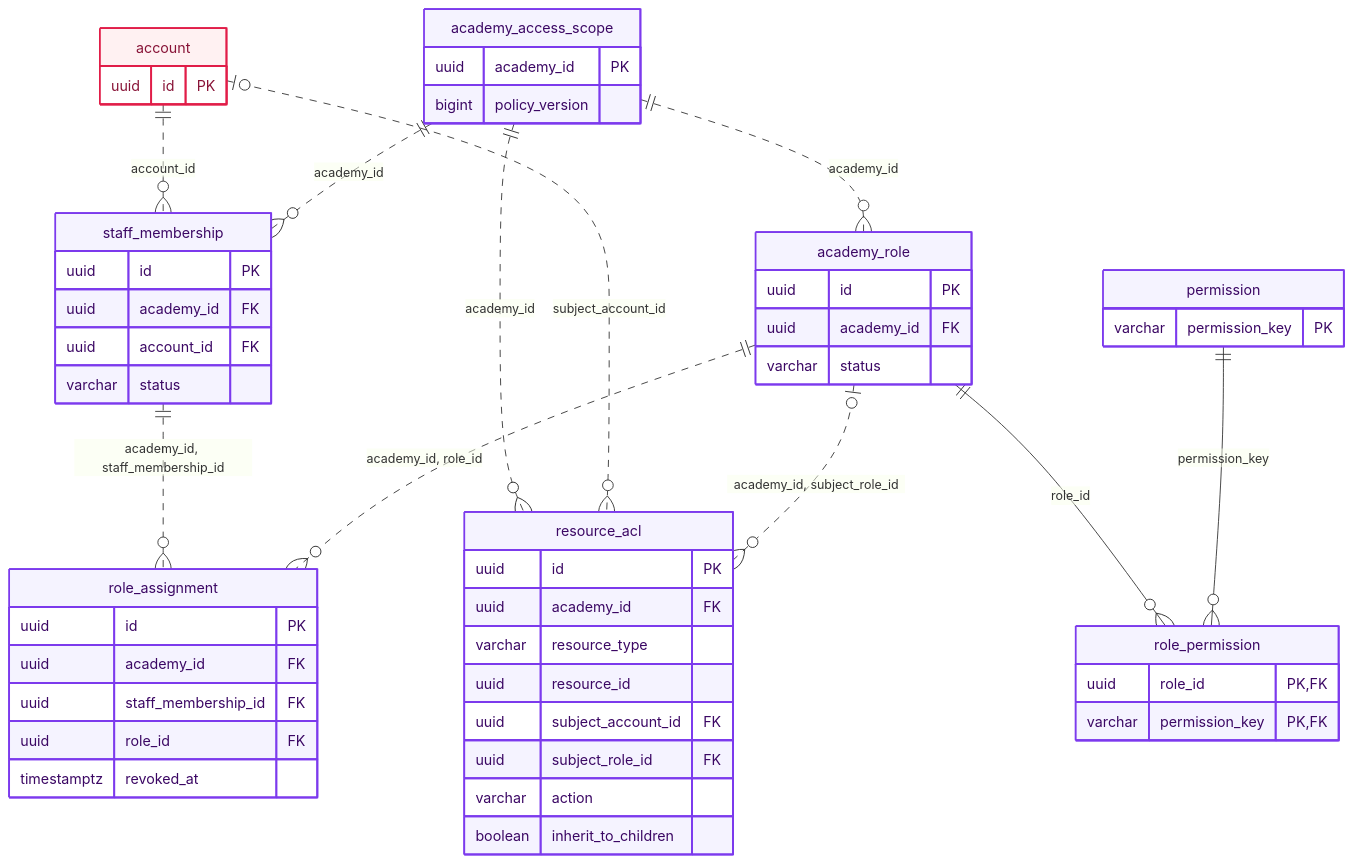
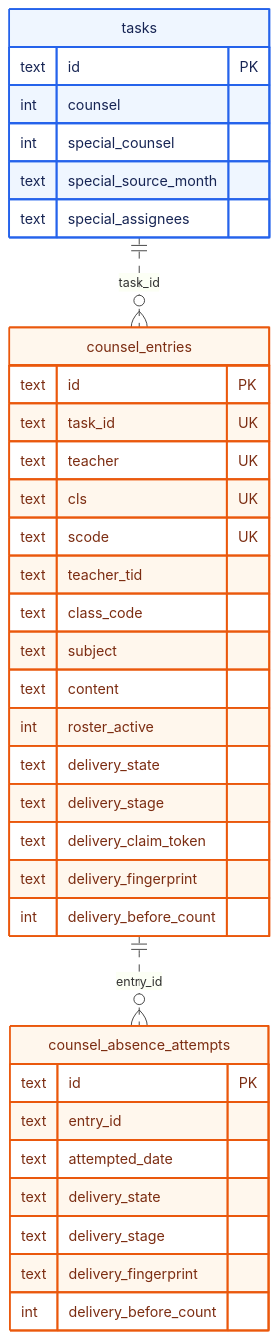
Before and after one commit to gjaku1031/ken-blog: the second of 3 diagrams in content/posts/doc-16e3e0ad-86d4-403d-88c6-2ef61a3fe47d.md, drawn with Mermaid. The commit also changed other lines of this file and 8 other files, not shown here.

````diff
--- a/content/posts/doc-16e3e0ad-86d4-403d-88c6-2ef61a3fe47d.md
+++ b/content/posts/doc-16e3e0ad-86d4-403d-88c6-2ef61a3fe47d.md
@@ -180,61 +142,43 @@
-```mermaid caption="접근 하나가 허용되려면 소속에서 역할을 거쳐 권한에 닿는 길과, 리소스의 허용 목록에서 그 계정이나 역할에 닿는 길이 모두 있어야 함"
+```mermaid caption="상담 업무와 상담 행, 부재·문자 기록의 관계. 전송 단계와 증거는 각 행의 열로 둠"
 erDiagram
-    %% legend: solid=식별 관계; dotted=비식별 관계; zero=없을 수 있음; many=여러 개
-    direction TB
-    account {
-        uuid id PK
+    %% legend: dotted=비식별 관계; zero=없을 수 있음; many=여러 개
+    tasks {
+        text id PK
+        int counsel
+        int special_counsel
+        text special_source_month
+        text special_assignees
     }
-    academy_access_scope {
-        uuid academy_id PK
-        bigint policy_version
+    counsel_entries {
+        text id PK
+        text task_id UK
+        text teacher UK
+        text cls UK
+        text scode UK
+        text teacher_tid
+        text class_code
+        text subject
+        text content
+        int roster_active
+        text delivery_state
+        text delivery_stage
+        text delivery_claim_token
+        text delivery_fingerprint
+        int delivery_before_count
     }
-    staff_membership {
-        uuid id PK
-        uuid academy_id FK
-        uuid account_id FK
-        varchar status
+    counsel_absence_attempts {
+        text id PK
+        text entry_id
+        text attempted_date
+        text delivery_state
+        text delivery_stage
+        text delivery_fingerprint
+        int delivery_before_count
     }
-    academy_role {
-        uuid id PK
-        uuid academy_id FK
-        varchar status
-    }
-    role_assignment {
-        uuid id PK
-        uuid academy_id FK
-        uuid staff_membership_id FK
-        uuid role_id FK
-        timestamptz revoked_at
-    }
-    role_permission {
-        uuid role_id PK, FK
-        varchar permission_key PK, FK
-    }
-    permission {
-        varchar permission_key PK
-    }
-    resource_acl {
-        uuid id PK
-        uuid academy_id FK
-        varchar resource_type
-        uuid resource_id
-        uuid subject_account_id FK
-        uuid subject_role_id FK
-        varchar action
-        boolean inherit_to_children
-    }
-    account ||..o{ staff_membership : account_id
-    academy_access_scope ||..o{ staff_membership : academy_id
-    academy_access_scope ||..o{ academy_role : academy_id
-    staff_membership ||..o{ role_assignment : "academy_id, staff_membership_id"
-    academy_role ||..o{ role_assignment : "academy_id, role_id"
-    academy_role ||--o{ role_permission : role_id
-    permission ||--o{ role_permission : permission_key
-    academy_access_scope ||..o{ resource_acl : academy_id
-    account |o..o{ resource_acl : subject_account_id
-    academy_role |o..o{ resource_acl : "academy_id, subject_role_id"
-    classDef access fill:#f5f3ff,stroke:#7c3aed,color:#3b0764,stroke-width:2px
-    classDef identity fill:#fff1f2,stroke:#e11d48,color:#881337,stroke-width:2px
-    class academy_access_scope,staff_membership,academy_role,role_assignment,role_permission,permission,resource_acl access
-    class account identity
+    tasks ||..o{ counsel_entries : task_id
+    counsel_entries ||..o{ counsel_absence_attempts : entry_id
+    classDef task fill:#eff6ff,stroke:#2563eb,color:#172554,stroke-width:2px
+    classDef counsel fill:#fff7ed,stroke:#ea580c,color:#7c2d12,stroke-width:2px
+    class tasks task
+    class counsel_entries,counsel_absence_attempts counsel
 ```
````
